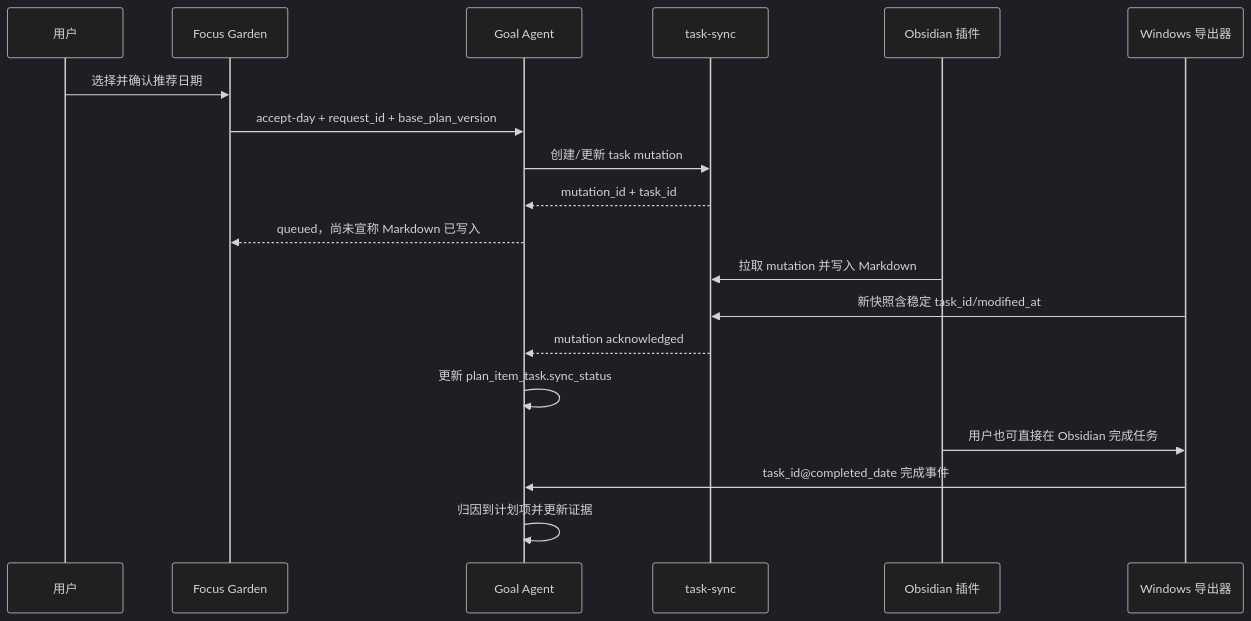
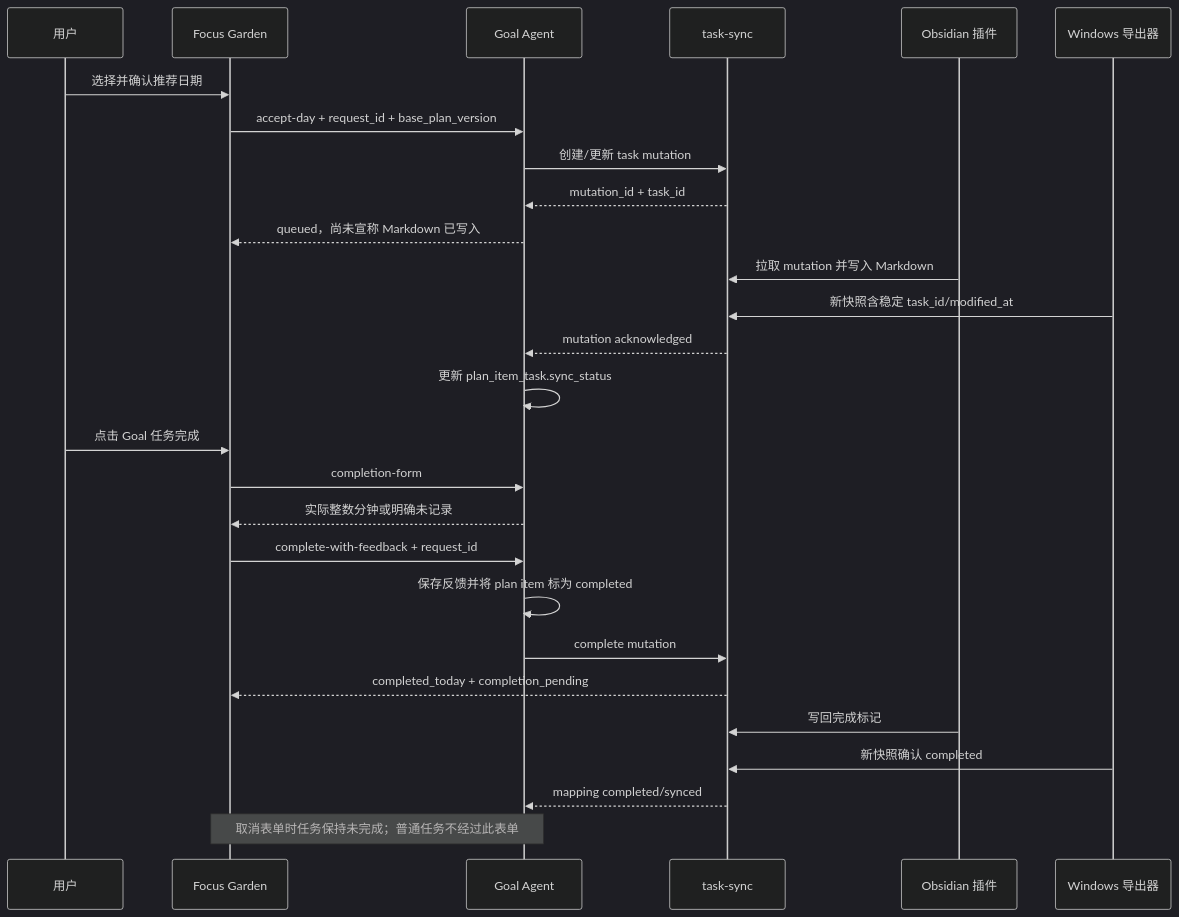
The second of 5 diagrams in content/非笔记内容/工作流程与系统运维/目标模式/目标模式：整体架构与数据流.md (kzpeng565-netizen/my-math-blog), drawn with Mermaid (dark theme) before and after one commit. The commit also changed other lines of this file and 4 other files, not shown here.

````diff
--- a/content/非笔记内容/工作流程与系统运维/目标模式/目标模式：整体架构与数据流.md
+++ b/content/非笔记内容/工作流程与系统运维/目标模式/目标模式：整体架构与数据流.md
@@ -120,22 +133,30 @@
 ```mermaid
 sequenceDiagram
   participant U as 用户
   participant UI as Focus Garden
   participant GA as Goal Agent
   participant TS as task-sync
   participant OP as Obsidian 插件
   participant EX as Windows 导出器
 
   U->>UI: 选择并确认推荐日期
   UI->>GA: accept-day + request_id + base_plan_version
   GA->>TS: 创建/更新 task mutation
   TS-->>GA: mutation_id + task_id
   GA-->>UI: queued，尚未宣称 Markdown 已写入
   OP->>TS: 拉取 mutation 并写入 Markdown
   EX->>TS: 新快照含稳定 task_id/modified_at
   TS-->>GA: mutation acknowledged
   GA->>GA: 更新 plan_item_task.sync_status
-  OP->>EX: 用户也可直接在 Obsidian 完成任务
-  EX->>GA: task_id@completed_date 完成事件
-  GA->>GA: 归因到计划项并更新证据
+  U->>UI: 点击 Goal 任务完成
+  UI->>GA: completion-form
+  GA-->>UI: 实际整数分钟或明确未记录
+  UI->>GA: complete-with-feedback + request_id
+  GA->>GA: 保存反馈并将 plan item 标为 completed
+  GA->>TS: complete mutation
+  TS-->>UI: completed_today + completion_pending
+  OP->>TS: 写回完成标记
+  EX->>TS: 新快照确认 completed
+  TS-->>GA: mapping completed/synced
+  Note over UI,GA: 取消表单时任务保持未完成；普通任务不经过此表单
 ```
````
